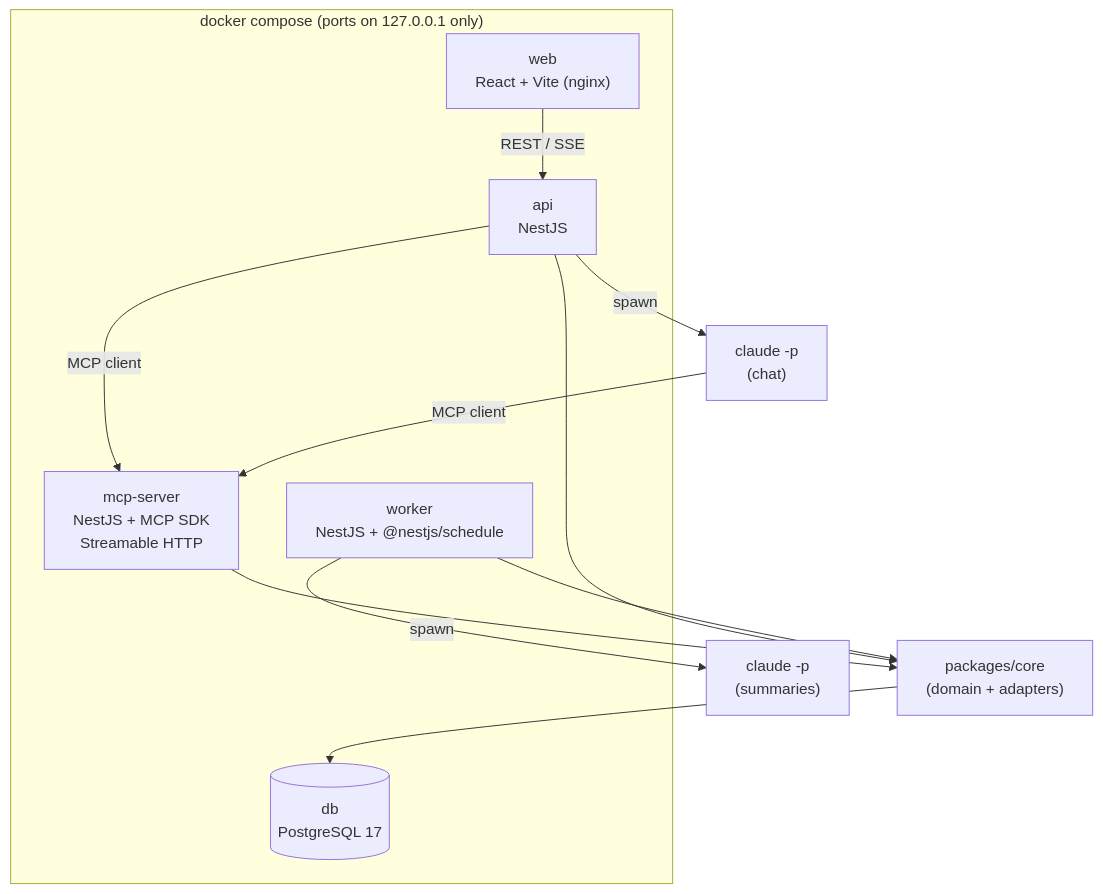
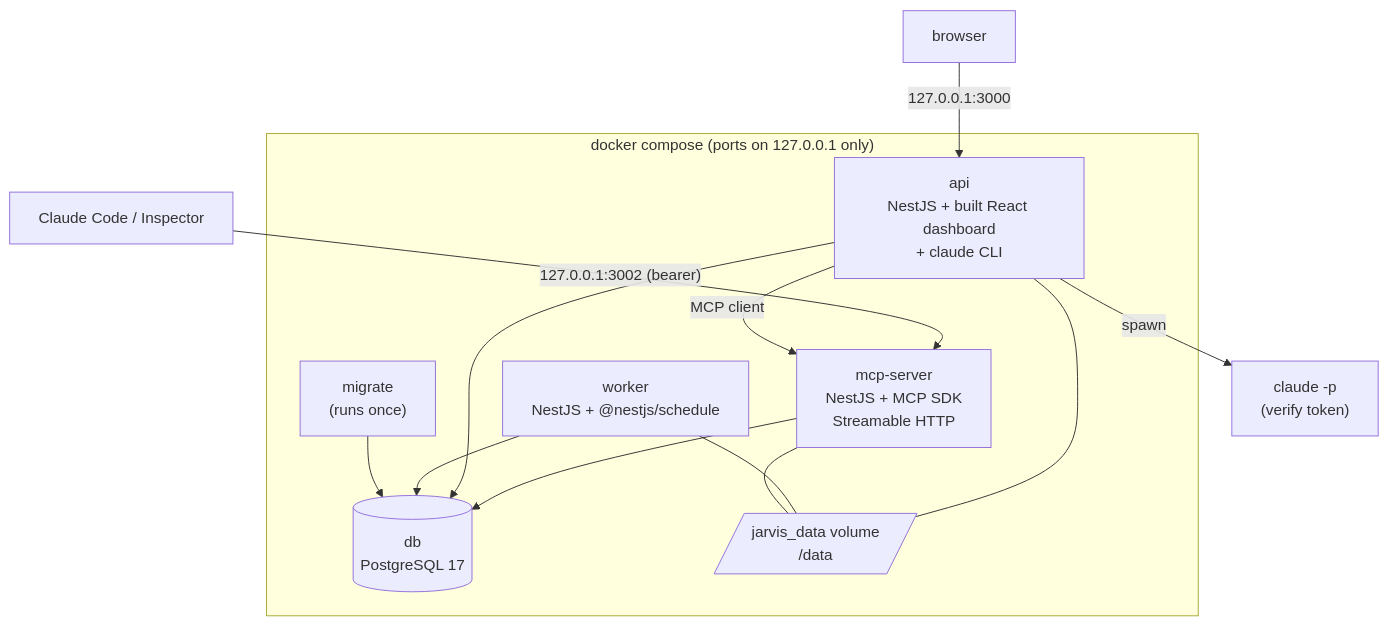
The second of 9 diagrams in docs/architecture.md (srovere/jarvis), drawn with Mermaid before and after one commit. The commit also changed other lines of this file and 20 other files, not shown here.

````diff
--- a/docs/architecture.md
+++ b/docs/architecture.md
@@ -37,19 +39,22 @@
 ```mermaid
 flowchart TB
   subgraph compose["docker compose (ports on 127.0.0.1 only)"]
-    web["web<br/>React + Vite (nginx)"]
-    api["api<br/>NestJS"]
+    api["api<br/>NestJS + built React dashboard<br/>+ claude CLI"]
     mcp["mcp-server<br/>NestJS + MCP SDK<br/>Streamable HTTP"]
     worker["worker<br/>NestJS + @nestjs/schedule"]
+    migrate["migrate<br/>(runs once)"]
     db[("db<br/>PostgreSQL 17")]
+    data[/"jarvis_data volume<br/>/data"/]
   end
-  web -- REST / SSE --> api
+  browser["browser"] -- "127.0.0.1:3000" --> api
+  client["Claude Code / Inspector"] -- "127.0.0.1:3002 (bearer)" --> mcp
   api -- MCP client --> mcp
-  api -- spawn --> cli1["claude -p<br/>(chat)"]
-  cli1 -- MCP client --> mcp
-  worker -- spawn --> cli2["claude -p<br/>(summaries)"]
-  mcp --> core
-  api --> core
-  worker --> core
-  core["packages/core<br/>(domain + adapters)"] --> db
+  api -- spawn --> cli["claude -p<br/>(verify token)"]
+  mcp --> db
+  api --> db
+  worker --> db
+  migrate --> db
+  api --- data
+  worker --- data
+  mcp --- data
 ```
````
